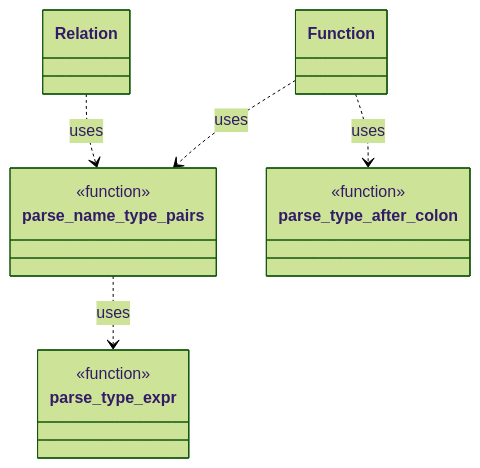
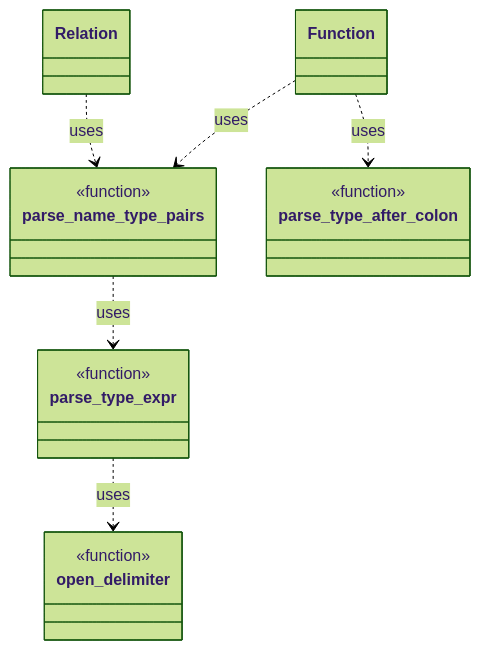
Before and after one commit to leynos/ddlint: the first of 2 diagrams in docs/function-parsing-design.md, drawn with Mermaid (forest theme). The commit also changed other lines of this file and 14 other files, not shown here.

````diff
--- a/docs/function-parsing-design.md
+++ b/docs/function-parsing-design.md
@@ -10,16 +11,20 @@
 ```mermaid
 classDiagram
     class parse_name_type_pairs {
         <<function>>
     }
     class parse_type_expr {
         <<function>>
     }
     class parse_type_after_colon {
         <<function>>
     }
+    class open_delimiter {
+        <<function>>
+    }
     Function ..> parse_name_type_pairs : uses
     parse_name_type_pairs ..> parse_type_expr : uses
     Function ..> parse_type_after_colon : uses
     Relation ..> parse_name_type_pairs : uses
+    parse_type_expr ..> open_delimiter : uses
 ```
````
